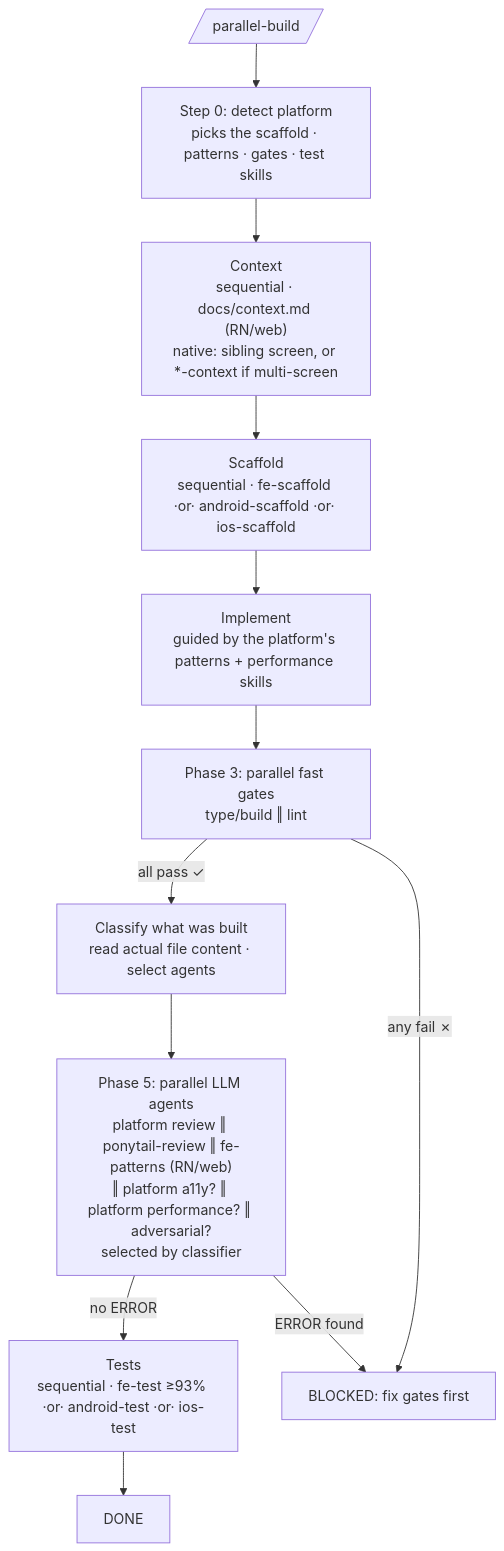
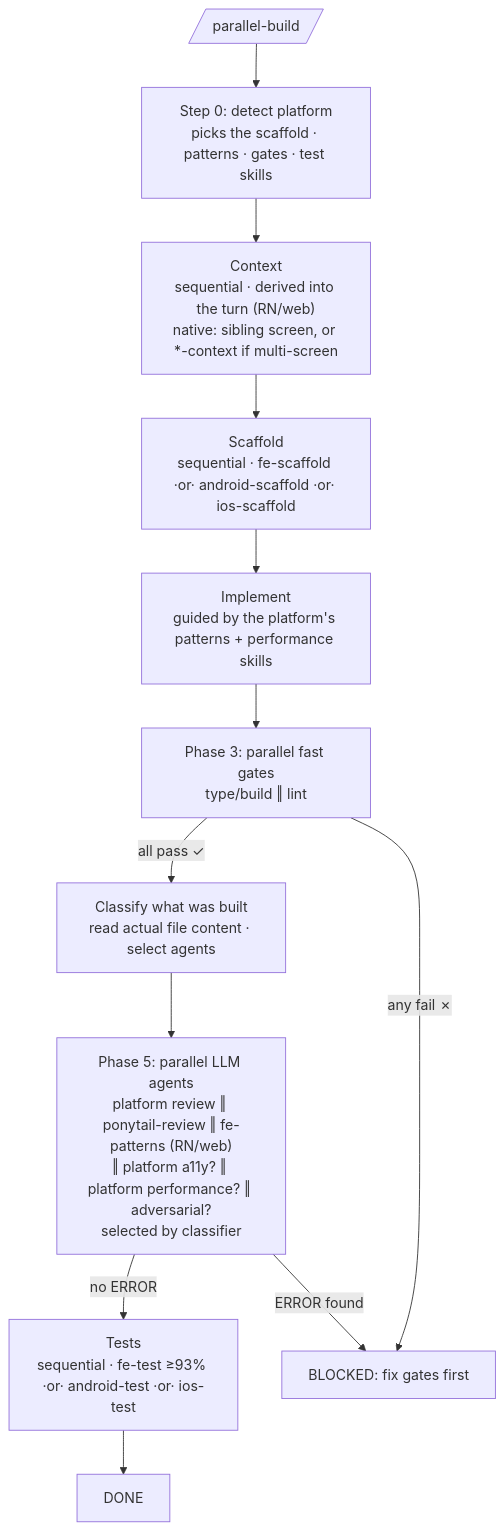
Before and after one commit to raditia/CraftKit: the fifth of 15 diagrams in README.md, drawn with Mermaid. The commit also changed other lines of this file and 59 other files, not shown here.

First line of the commit message:
feat: score agentic runs, split intent from derived context, add /fe-design (#17)

````diff
--- a/README.md
+++ b/README.md
@@ -314,14 +315,14 @@
 ```mermaid
 flowchart TD
     A[/parallel-build/] --> P["Step 0: detect platform\npicks the scaffold · patterns · gates · test skills"]
-    P --> B["Context\nsequential · docs/context.md (RN/web)\nnative: sibling screen, or *-context if multi-screen"]
+    P --> B["Context\nsequential · derived into the turn (RN/web)\nnative: sibling screen, or *-context if multi-screen"]
     B --> C["Scaffold\nsequential · fe-scaffold ·or· android-scaffold ·or· ios-scaffold"]
     C --> D["Implement\nguided by the platform's patterns + performance skills"]
     D --> E["Phase 3: parallel fast gates\ntype/build ‖ lint"]
     E -->|all pass ✓| F["Classify what was built\nread actual file content · select agents"]
     F --> G["Phase 5: parallel LLM agents\nplatform review ‖ ponytail-review ‖ fe-patterns (RN/web)\n‖ platform a11y? ‖ platform performance? ‖ adversarial?\nselected by classifier"]
     G -->|no ERROR| H["Tests\nsequential · fe-test ≥93% ·or· android-test ·or· ios-test"]
     H --> I[DONE]
     E -->|any fail ✗| J["BLOCKED: fix gates first"]
     G -->|ERROR found| J
 ```
````
